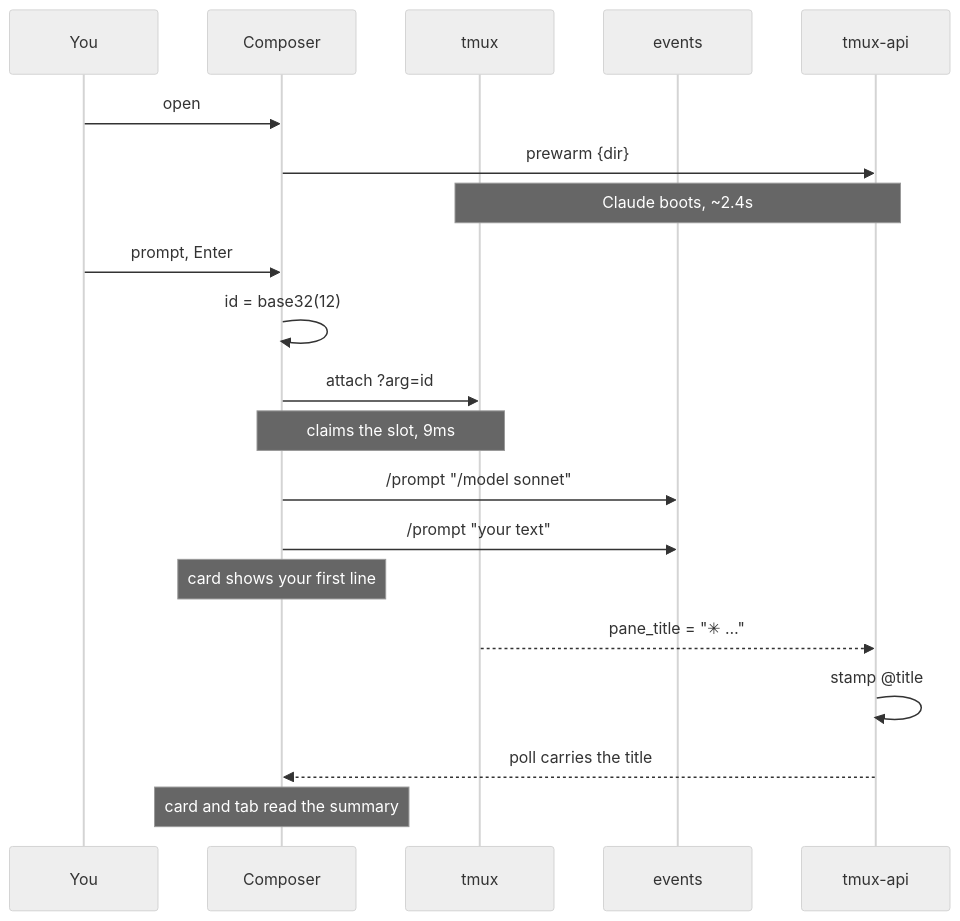
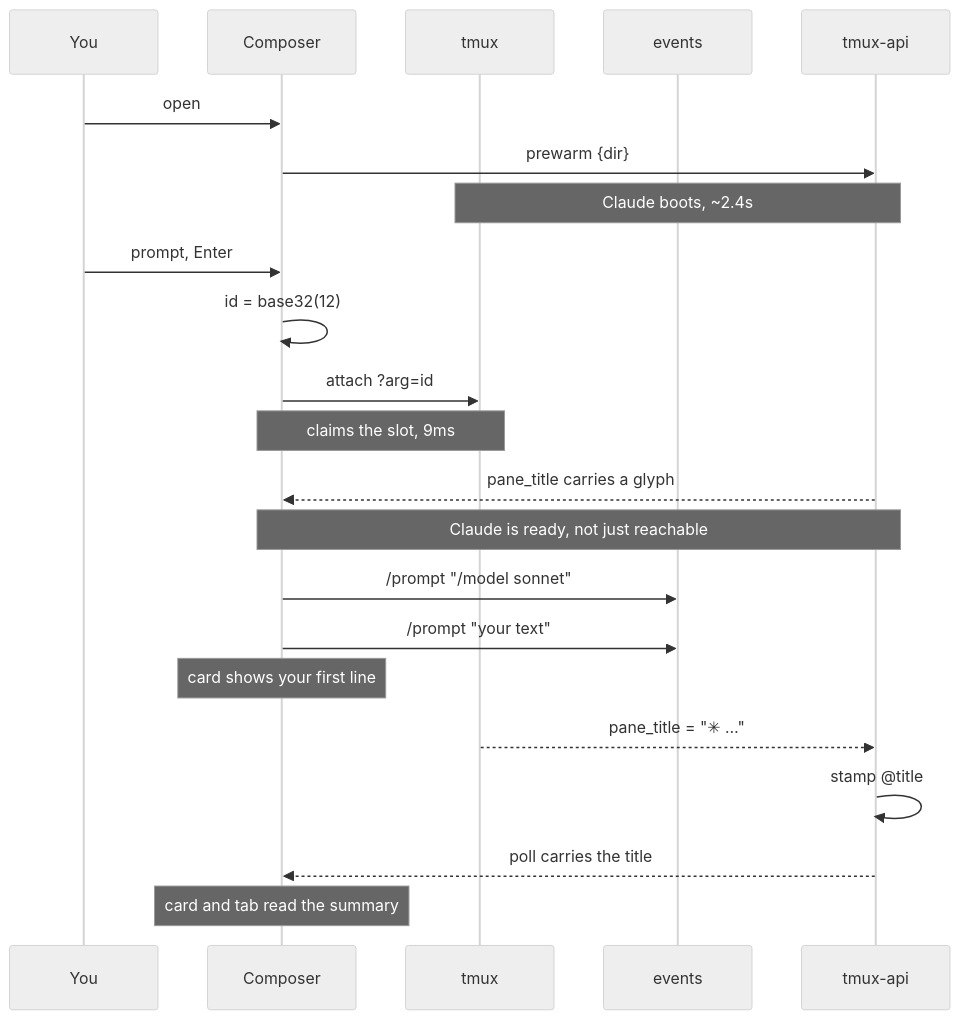
Before and after one commit to ViktorBarzin/terminal-lobby: the first of 4 diagrams in docs/plans/2026-09-04-prompt-first-sessions-design.md, drawn with Mermaid (neutral theme). The commit also changed other lines of this file and 1 other file, not shown here.

````diff
--- a/docs/plans/2026-09-04-prompt-first-sessions-design.md
+++ b/docs/plans/2026-09-04-prompt-first-sessions-design.md
@@ -78,23 +78,25 @@
 ```mermaid
 sequenceDiagram
     participant U as You
     participant C as Composer
     participant T as tmux
     participant S as events
     participant A as tmux-api
 
     U->>C: open
     C->>A: prewarm {dir}
     Note over A,T: Claude boots, ~2.4s
     U->>C: prompt, Enter
     C->>C: id = base32(12)
     C->>T: attach ?arg=id
     Note over C,T: claims the slot, 9ms
+    A-->>C: pane_title carries a glyph
+    Note over C,A: Claude is ready, not just reachable
     C->>S: /prompt "/model sonnet"
     C->>S: /prompt "your text"
     Note over C: card shows your first line
     T-->>A: pane_title = "✳ …"
     A->>A: stamp @title
     A-->>C: poll carries the title
     Note over C: card and tab read the summary
 ```
````
